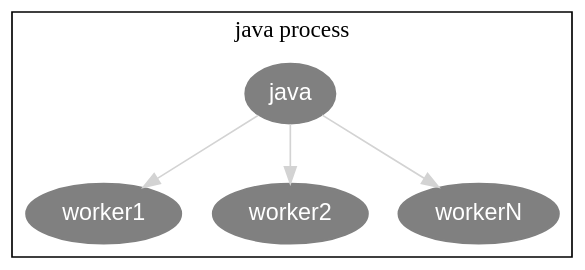
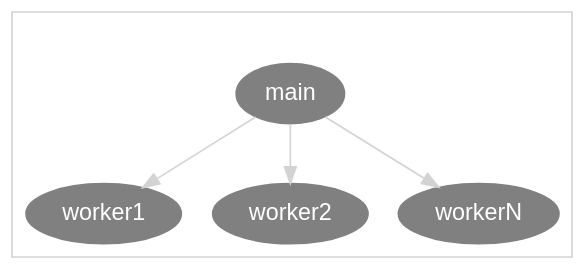
One commit to andimiller/blog changed the diagram in plots/scaling1.dot. Above: the diagram before and after it, drawn with Graphviz. The commit also changed 6 other files, not shown here.

```diff
--- a/plots/scaling1.dot
+++ b/plots/scaling1.dot
@@ -1,11 +1,15 @@
 digraph G {
   bgcolor="transparent"
   node [ style = filled, color=grey, fontcolor=white, fontname="sans-serif"]
   edge [ color = lightgrey, fontcolor=white, fontname="sans-serif"]
   subgraph clusterprocess {
+    color = lightgrey
+    fontcolor=white
+    fontname="sans-serif"
+
     label = "java process"
-    java -> worker1
-    java -> worker2
-    java -> workerN
+    main -> worker1
+    main -> worker2
+    main -> workerN
   }
 }
```
